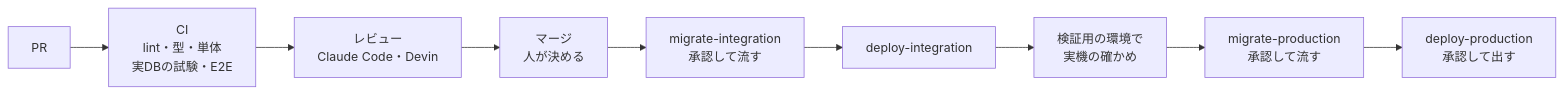
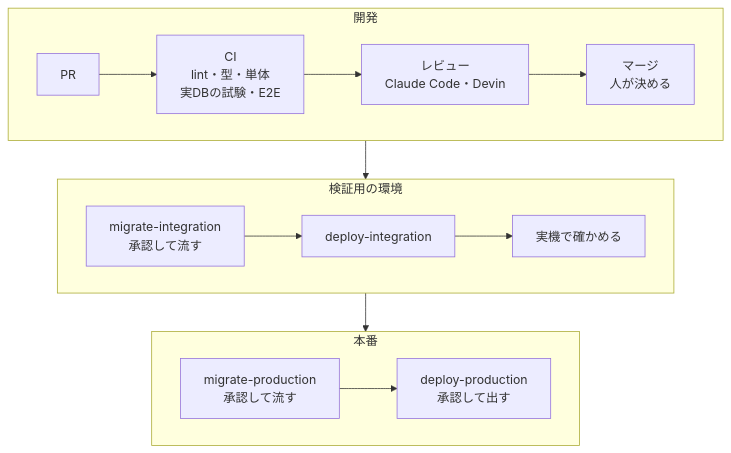
One commit to oze-xxbumpxx/Tomotabi changed the second of 3 diagrams in README.md. Above: the diagram before and after it, drawn with Mermaid.

Commit message:
docs: READMEの本番までの流れの図を3段に分ける

````diff
--- a/README.md
+++ b/README.md
@@ -92,11 +92,17 @@
 ```mermaid
-flowchart LR
-  pr["PR"] --> ci["CI<br/>lint・型・単体<br/>実DBの試験・E2E"]
-  ci --> review["レビュー<br/>Claude Code・Devin"]
-  review --> merge["マージ<br/>人が決める"]
-  merge --> mi["migrate-integration<br/>承認して流す"]
-  mi --> di["deploy-integration"]
-  di --> check["検証用の環境で<br/>実機の確かめ"]
-  check --> mp["migrate-production<br/>承認して流す"]
-  mp --> dp["deploy-production<br/>承認して出す"]
+flowchart TB
+  subgraph dev["開発"]
+    direction LR
+    pr["PR"] --> ci["CI<br/>lint・型・単体<br/>実DBの試験・E2E"] --> review["レビュー<br/>Claude Code・Devin"] --> merge["マージ<br/>人が決める"]
+  end
+  subgraph stg["検証用の環境"]
+    direction LR
+    mi["migrate-integration<br/>承認して流す"] --> di["deploy-integration"] --> check["実機で確かめる"]
+  end
+  subgraph prod["本番"]
+    direction LR
+    mp["migrate-production<br/>承認して流す"] --> dp["deploy-production<br/>承認して出す"]
+  end
+  merge --> mi
+  check --> mp
 ```
````
